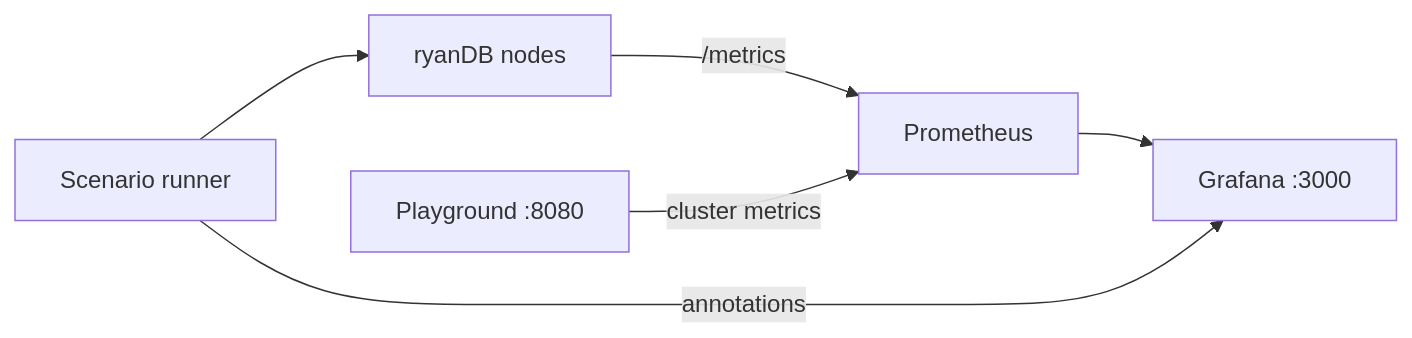
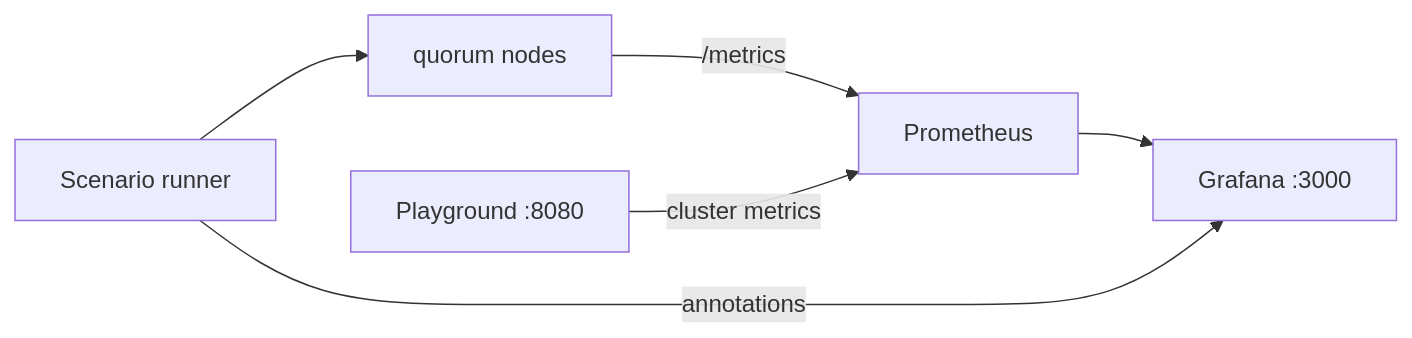
The diagram in docs/observability.md (ryanssenn/raftDB), drawn with Mermaid before and after one commit. The commit also changed other lines of this file and 47 other files, not shown here.

````diff
--- a/docs/observability.md
+++ b/docs/observability.md
@@ -7,8 +7,8 @@
 ```mermaid
 flowchart LR
-  Scenarios[Scenario runner] --> Nodes[ryanDB nodes]
+  Scenarios[Scenario runner] --> Nodes[quorum nodes]
   Nodes -->|"/metrics"| Prom[Prometheus]
   Playground[Playground :8080] -->|cluster metrics| Prom
   Prom --> Graf[Grafana :3000]
   Scenarios -->|annotations| Graf
 ```
````
